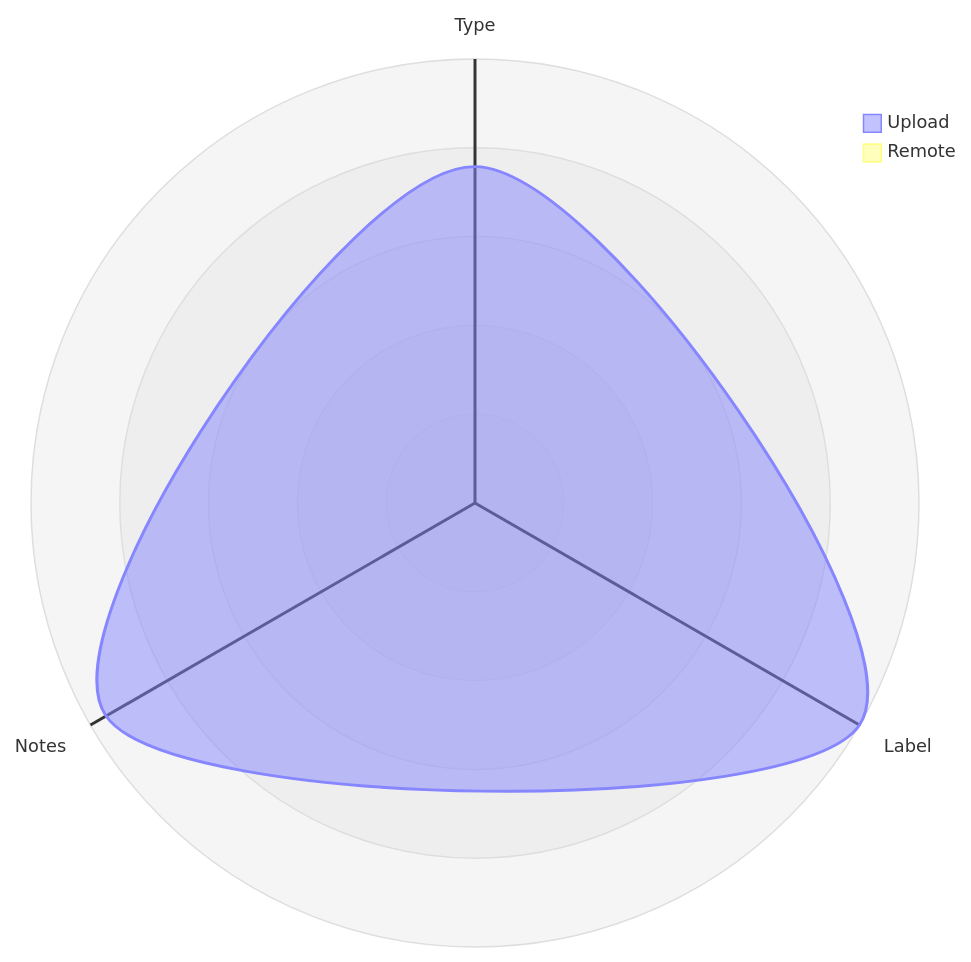
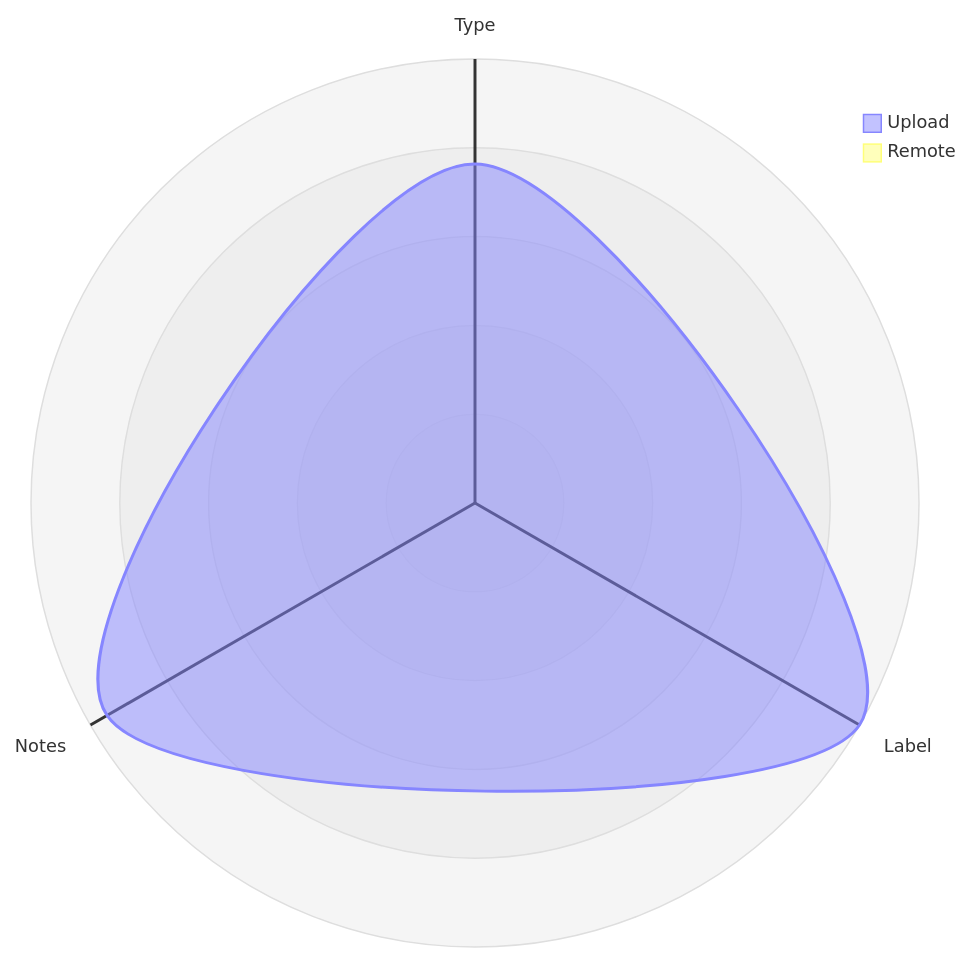
The third of 5 diagrams in datastore_tracker/README.md (open-data/analytics-corporate-reporting), drawn with Mermaid before and after one commit. The commit also changed other lines of this file and 10 other files, not shown here.

````diff
--- a/datastore_tracker/README.md
+++ b/datastore_tracker/README.md
@@ -104,12 +104,12 @@
 ```mermaid
 radar-beta
   axis T["Type"], L["Label"], N["Notes"]
-  curve u["Upload"]{0.00075, 0.00099, 0.00095}
+  curve u["Upload"]{0.00071, 0.00093, 0.00089}
   curve r["Remote"]{0, 0, 0}
 
   showLegend true
 
   min 0
   graticule circle
   ticks 5
 ```
````
